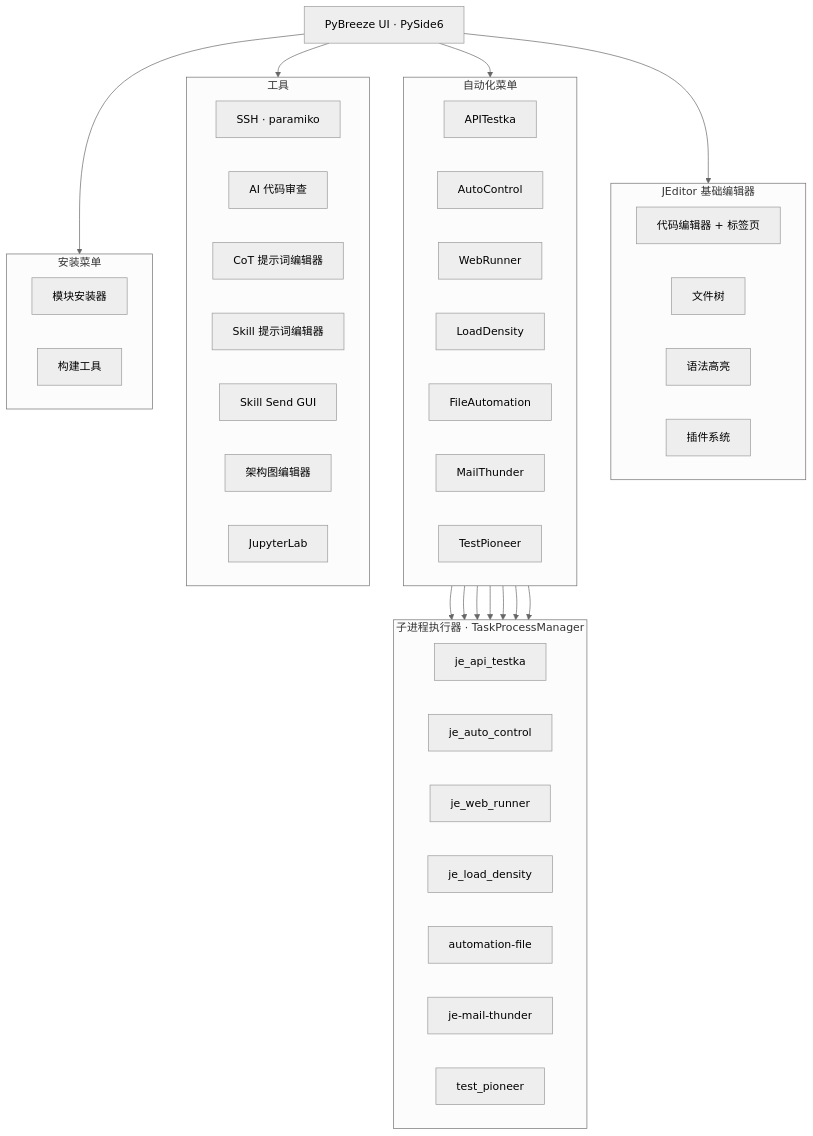
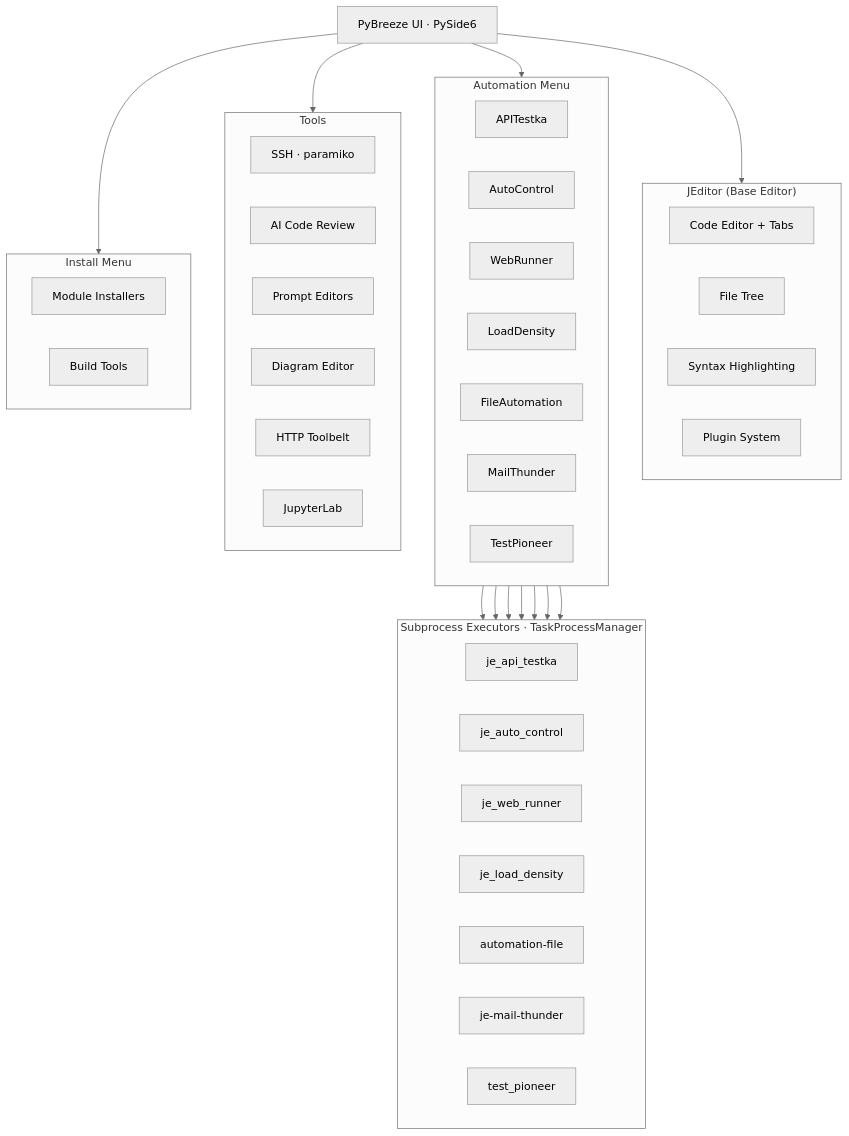
The diagram in README/README_zh-CN.md (Integration-Automation/PyBreeze), drawn with Mermaid (neutral theme) before and after one commit. The commit also changed other lines of this file and 3 other files, not shown here.

````diff
--- a/README/README_zh-CN.md
+++ b/README/README_zh-CN.md
@@ -122,64 +220,63 @@
 ```mermaid
 flowchart TB
     UI["PyBreeze UI · PySide6"]
 
-    subgraph Editor["JEditor 基础编辑器"]
+    subgraph Editor["JEditor (Base Editor)"]
         direction LR
-        E1["代码编辑器 + 标签页"]
-        E2["文件树"]
-        E3["语法高亮"]
-        E4["插件系统"]
+        E1["Code Editor + Tabs"]
+        E2["File Tree"]
+        E3["Syntax Highlighting"]
+        E4["Plugin System"]
     end
 
-    subgraph Automation["自动化菜单"]
+    subgraph Automation["Automation Menu"]
         direction LR
         A1["APITestka"]
         A2["AutoControl"]
         A3["WebRunner"]
         A4["LoadDensity"]
         A5["FileAutomation"]
         A6["MailThunder"]
         A7["TestPioneer"]
     end
 
-    subgraph Executors["子进程执行器 · TaskProcessManager"]
+    subgraph Executors["Subprocess Executors · TaskProcessManager"]
         direction LR
         X1["je_api_testka"]
         X2["je_auto_control"]
         X3["je_web_runner"]
         X4["je_load_density"]
         X5["automation-file"]
         X6["je-mail-thunder"]
         X7["test_pioneer"]
     end
 
-    subgraph Tools["工具"]
+    subgraph Tools["Tools"]
         direction LR
         T1["SSH · paramiko"]
-        T2["AI 代码审查"]
-        T3["CoT 提示词编辑器"]
-        T4["Skill 提示词编辑器"]
-        T5["Skill Send GUI"]
-        T6["架构图编辑器"]
-        T7["JupyterLab"]
+        T2["AI Code Review"]
+        T3["Prompt Editors"]
+        T4["Diagram Editor"]
+        T5["HTTP Toolbelt"]
+        T6["JupyterLab"]
     end
 
-    subgraph Install["安装菜单"]
+    subgraph Install["Install Menu"]
         direction LR
-        I1["模块安装器"]
-        I2["构建工具"]
+        I1["Module Installers"]
+        I2["Build Tools"]
     end
 
     UI --> Editor
     UI --> Automation
     UI --> Tools
     UI --> Install
 
     A1 --> X1
     A2 --> X2
     A3 --> X3
     A4 --> X4
     A5 --> X5
     A6 --> X6
     A7 --> X7
 ```
````
